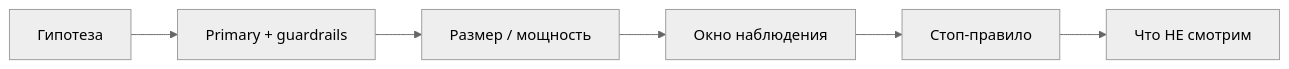
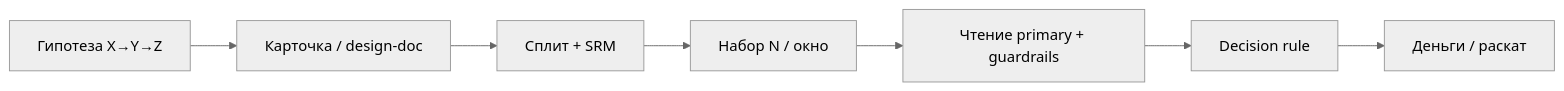
The diagram in docs/lessons/m2-5-ab-design-read.md (gavnukkk97/product-analytics-ai-course), drawn with Mermaid (neutral theme) before and after one commit. The commit also changed other lines of this file and 4 other files, not shown here.

````diff
--- a/docs/lessons/m2-5-ab-design-read.md
+++ b/docs/lessons/m2-5-ab-design-read.md
@@ -48,8 +49,9 @@
 ```mermaid
 flowchart LR
-  H[Гипотеза] --> M[Primary + guardrails]
-  M --> N[Размер / мощность]
-  N --> W[Окно наблюдения]
-  W --> S[Стоп-правило]
-  S --> X[Что НЕ смотрим]
+  H[Гипотеза X→Y→Z] --> Card[Карточка / design-doc]
+  Card --> Split[Сплит + SRM]
+  Split --> Run[Набор N / окно]
+  Run --> Read[Чтение primary + guardrails]
+  Read --> Dec[Decision rule]
+  Dec --> Money[Деньги / раскат]
 ```
````
